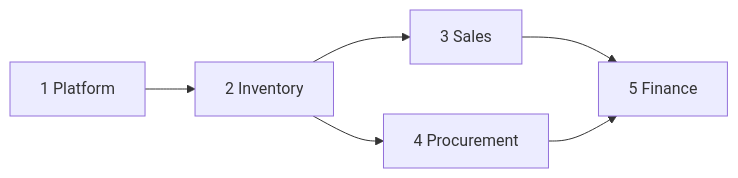
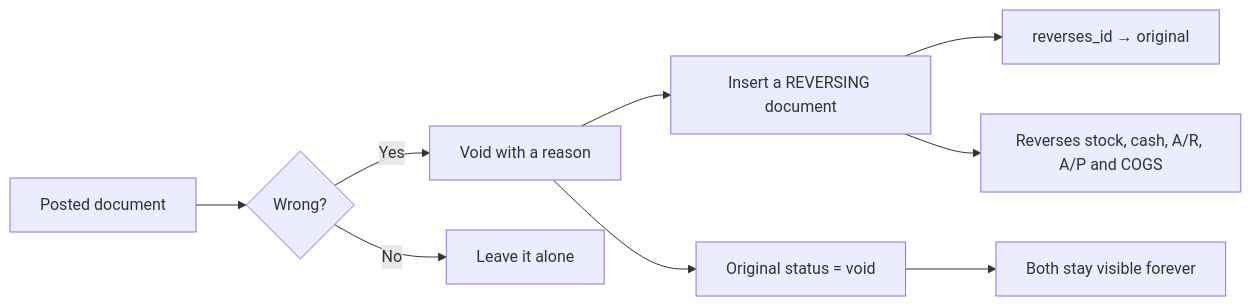
Diagram 14 of 14 in specs/flows/application-flows.md (niaazaai/boms), drawn with Mermaid before and after one commit. The commit also changed other lines of this file and 61 other files, not shown here.

````diff
--- a/specs/flows/application-flows.md
+++ b/specs/flows/application-flows.md
@@ -242,8 +321,11 @@
 ```mermaid
 flowchart LR
-  P[1 Platform] --> I[2 Inventory]
-  I --> S[3 Sales]
-  I --> R[4 Procurement]
-  S --> F[5 Finance]
-  R --> F
+  A[Posted document] --> B{Wrong?}
+  B -->|Yes| C[Void with a reason]
+  C --> D[Insert a REVERSING document]
+  D --> E[reverses_id → original]
+  C --> F[Original status = void]
+  F --> G[Both stay visible forever]
+  D --> H[Reverses stock, cash, A/R, A/P and COGS]
+  B -->|No| I[Leave it alone]
 ```
````
